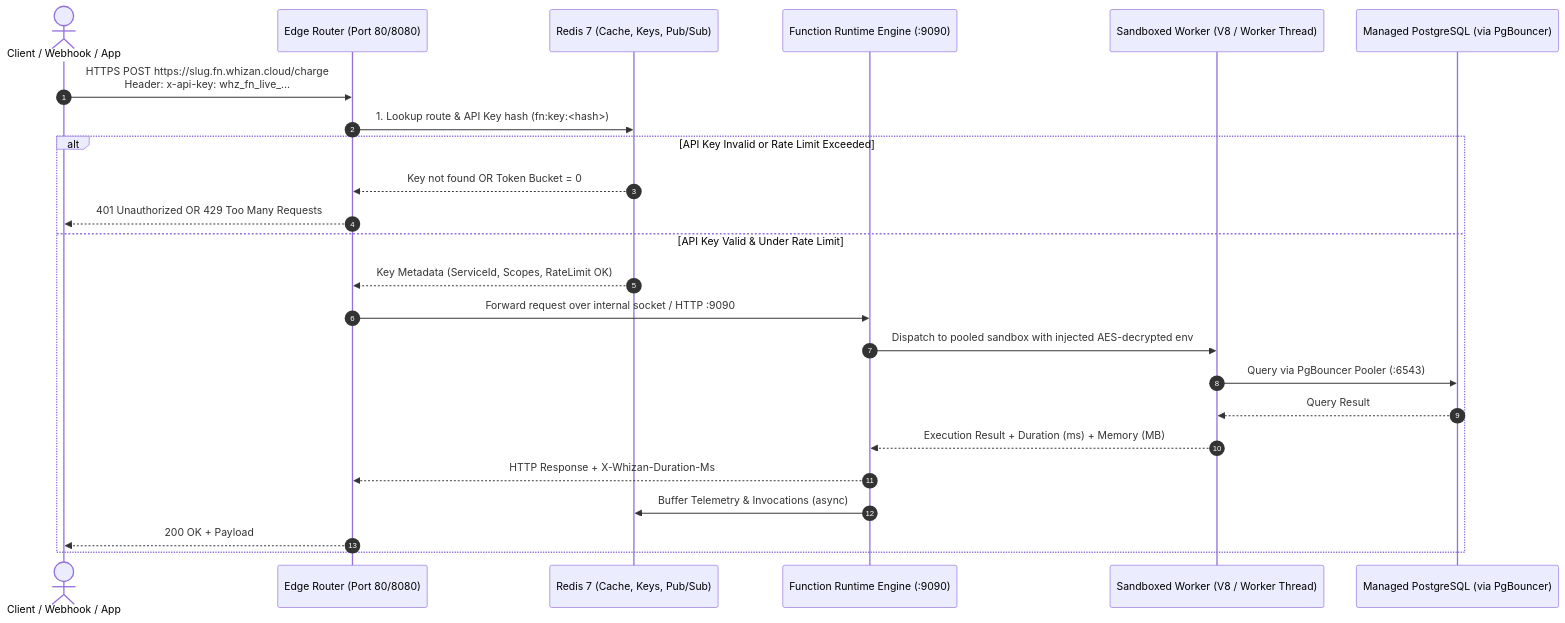
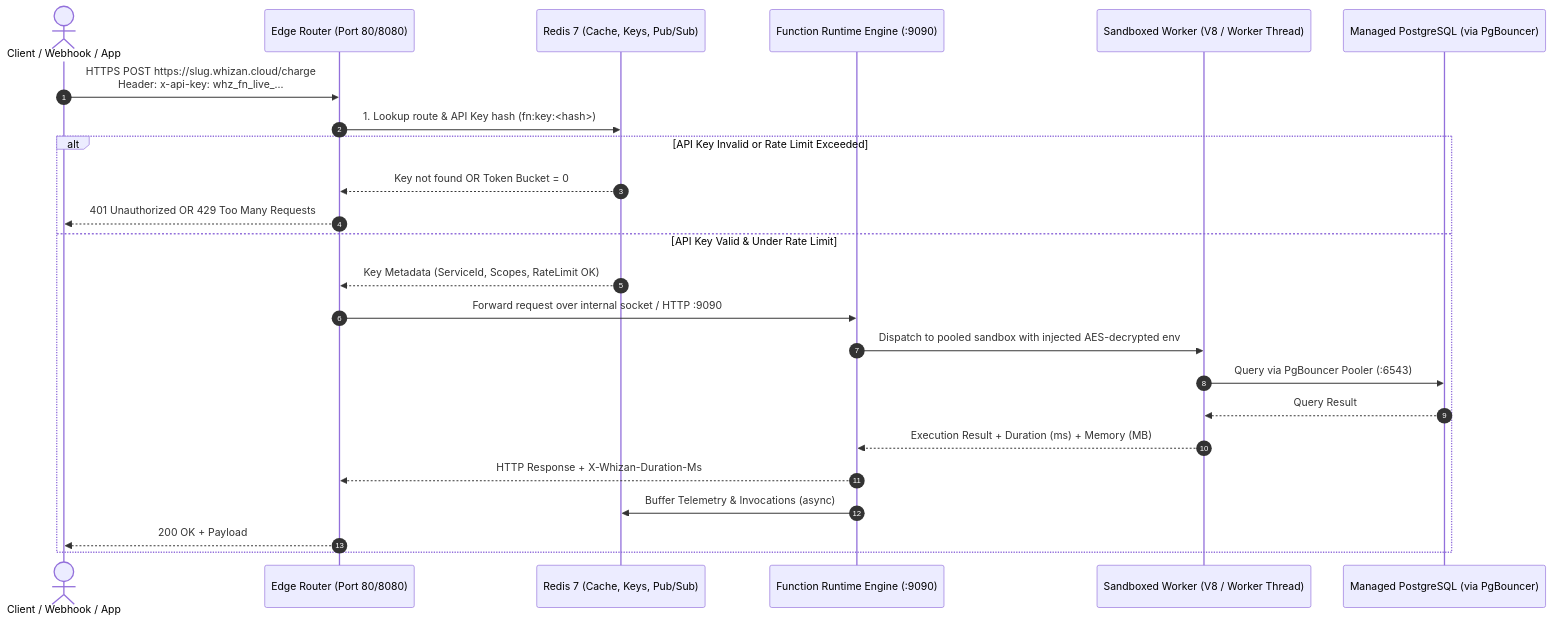
One commit to Ayushkumar0602/Whizan-cloud changed the first of 2 diagrams in docs/edge_functions_technical.md. Above: the diagram before and after it, drawn with Mermaid. The commit also changed other lines of this file and 20 other files, not shown here.

Commit message:
feat(domains): standardize Edge Functions URLs to HTTPS root subdomains (*.whizan.cloud) across website, MCP, and CLI

````diff
--- a/docs/edge_functions_technical.md
+++ b/docs/edge_functions_technical.md
@@ -19,27 +19,27 @@
 ```mermaid
 sequenceDiagram
     autonumber
     actor Client as Client / Webhook / App
     participant Router as Edge Router (Port 80/8080)
     participant Redis as Redis 7 (Cache, Keys, Pub/Sub)
     participant Engine as Function Runtime Engine (:9090)
     participant Worker as Sandboxed Worker (V8 / Worker Thread)
     participant DB as Managed PostgreSQL (via PgBouncer)
 
-    Client->>Router: HTTPS POST https://slug.fn.whizan.cloud/charge<br/>Header: x-api-key: whz_fn_live_...
+    Client->>Router: HTTPS POST https://slug.whizan.cloud/charge<br/>Header: x-api-key: whz_fn_live_...
     Router->>Redis: 1. Lookup route & API Key hash (fn:key:<hash>)
     alt API Key Invalid or Rate Limit Exceeded
         Redis-->>Router: Key not found OR Token Bucket = 0
         Router-->>Client: 401 Unauthorized OR 429 Too Many Requests
     else API Key Valid & Under Rate Limit
         Redis-->>Router: Key Metadata (ServiceId, Scopes, RateLimit OK)
         Router->>Engine: Forward request over internal socket / HTTP :9090
         Engine->>Worker: Dispatch to pooled sandbox with injected AES-decrypted env
         Worker->>DB: Query via PgBouncer Pooler (:6543)
         DB-->>Worker: Query Result
         Worker-->>Engine: Execution Result + Duration (ms) + Memory (MB)
         Engine-->>Router: HTTP Response + X-Whizan-Duration-Ms
         Engine->>Redis: Buffer Telemetry & Invocations (async)
         Router-->>Client: 200 OK + Payload
     end
 ```
````
